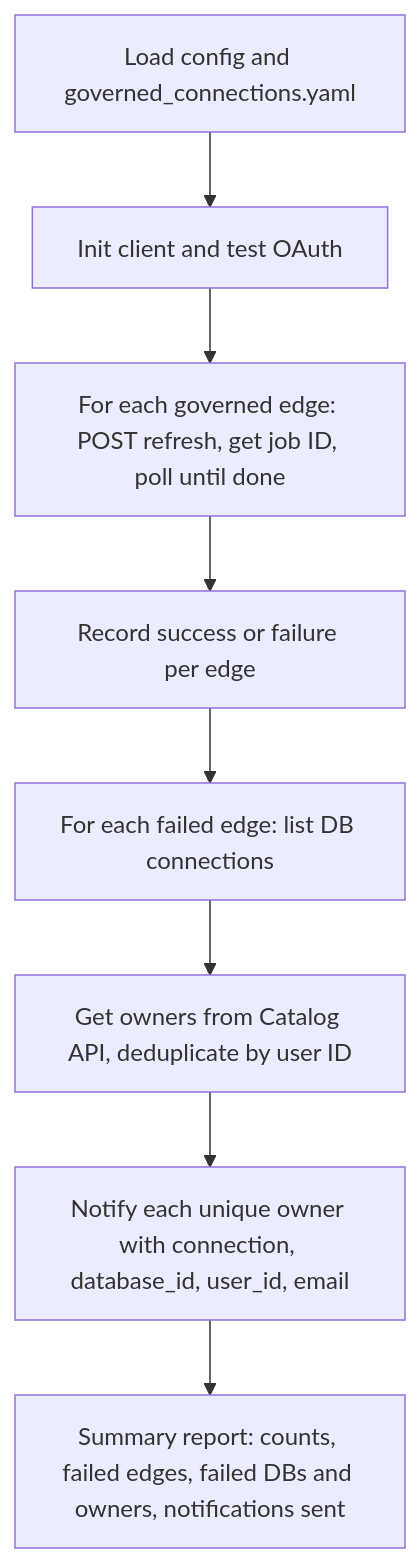
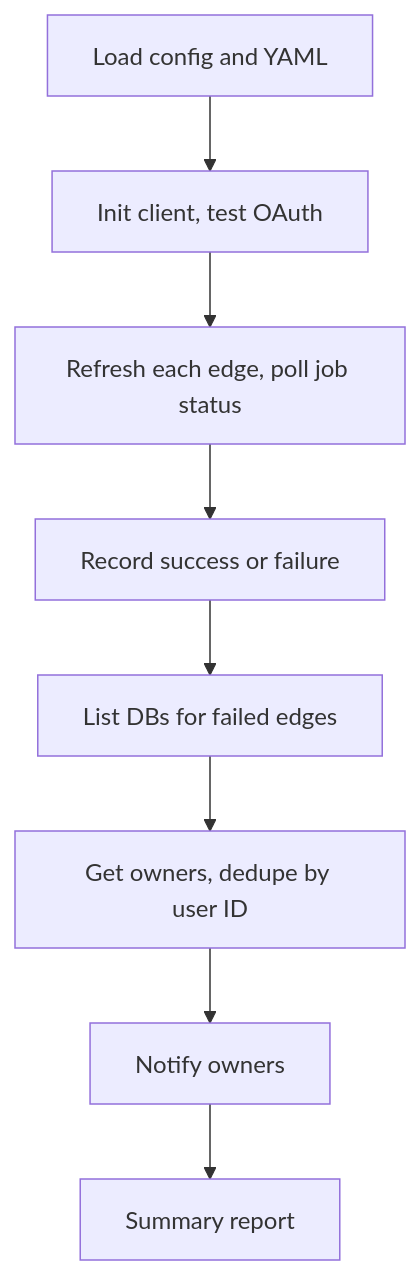
The diagram in Test Connections - Database - Collibra/README.md (arnauudG/Collibra-Repository---Automations), drawn with Mermaid before and after one commit.

Commit message:
update project

````diff
--- a/Test Connections - Database - Collibra/README.md
+++ b/Test Connections - Database - Collibra/README.md
@@ -82,10 +82,10 @@
 ```mermaid
 flowchart TD
-    A[Load config and governed_connections.yaml] --> B[Init client and test OAuth]
-    B --> C[For each governed edge: POST refresh, get job ID, poll until done]
-    C --> D[Record success or failure per edge]
-    D --> E[For each failed edge: list DB connections]
-    E --> F[Get owners from Catalog API, deduplicate by user ID]
-    F --> G[Notify each unique owner with connection, database_id, user_id, email]
-    G --> H[Summary report: counts, failed edges, failed DBs and owners, notifications sent]
+    A[Load config and YAML] --> B[Init client, test OAuth]
+    B --> C[Refresh each edge, poll job status]
+    C --> D[Record success or failure]
+    D --> E[List DBs for failed edges]
+    E --> F[Get owners, dedupe by user ID]
+    F --> G[Notify owners]
+    G --> H[Summary report]
 ```
````
